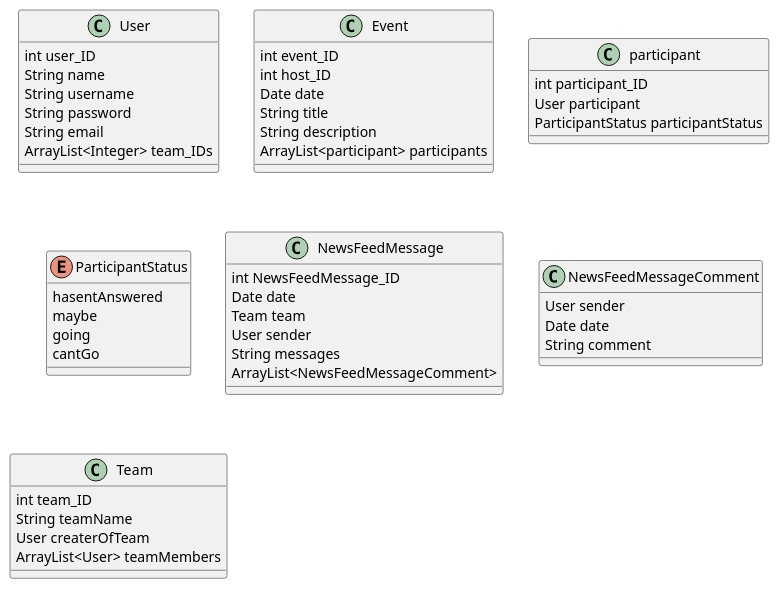
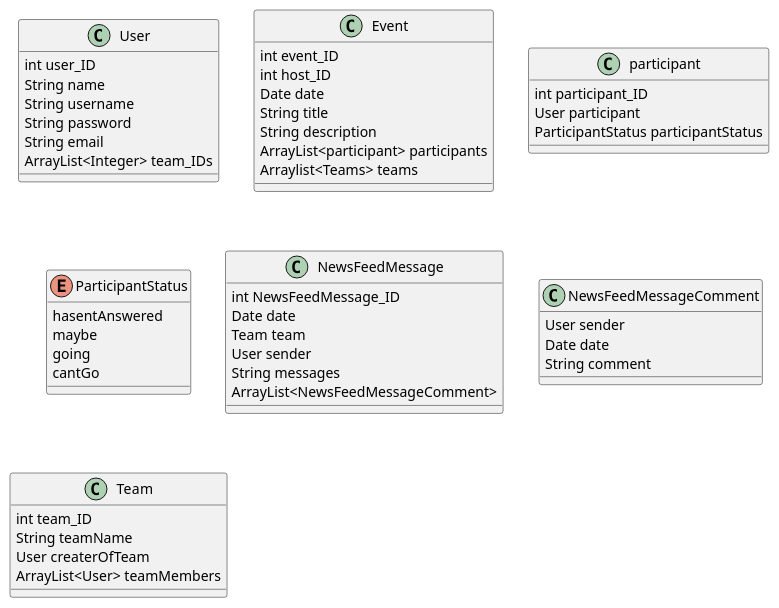
One commit to Rawlpluks/HoldCord changed the diagram in Class diagram.wsd. Above: the diagram before and after it, drawn with PlantUML. The commit also changed 13 other files, not shown here.

```diff
--- a/Class diagram.wsd
+++ b/Class diagram.wsd
@@ -1,55 +1,56 @@
 @startuml
 class User{
     int user_ID
     String name
     String username
     String password
     String email
     ArrayList<Integer> team_IDs
 }
 
 class Event{
     int event_ID
     int host_ID
     Date date
     String title
     String description
     ArrayList<participant> participants
+    Arraylist<Teams> teams
 }
 
 class participant{
     int participant_ID
     User participant
     ParticipantStatus participantStatus
 }
 
 enum ParticipantStatus{
     hasentAnswered
     maybe
     going
     cantGo
 }
 
 class NewsFeedMessage{
     int NewsFeedMessage_ID
     Date date
     Team team
     User sender
     String messages
     ArrayList<NewsFeedMessageComment>
 }
 
 class NewsFeedMessageComment{
     User sender
     Date date
     String comment
 }
 
 class Team{
     int team_ID
     String teamName
     User createrOfTeam
     ArrayList<User> teamMembers
 }
 
 @enduml
```
